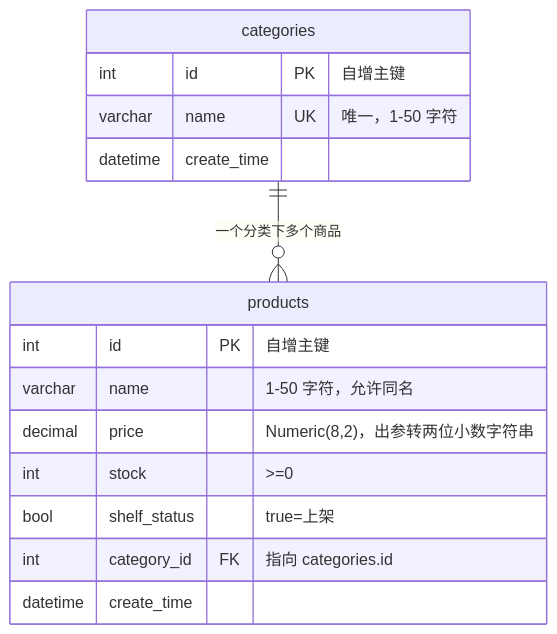
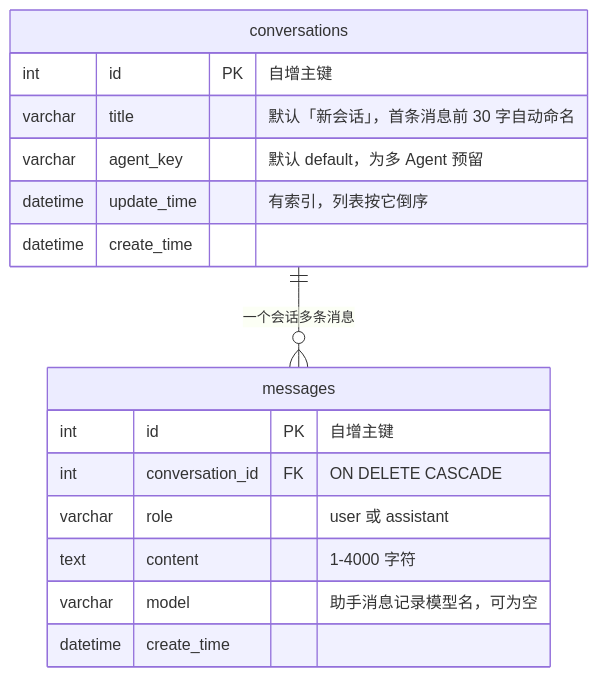
The third of 3 diagrams in docs/how-it-works.md (calix-cui/my-learning), drawn with Mermaid before and after one commit. The commit also changed other lines of this file and 36 other files, not shown here.

````diff
--- a/docs/how-it-works.md
+++ b/docs/how-it-works.md
@@ -94,18 +111,19 @@
 ```mermaid
 erDiagram
-    categories ||--o{ products : "一个分类下多个商品"
-    categories {
+    conversations ||--o{ messages : "一个会话多条消息"
+    conversations {
         int id PK "自增主键"
-        varchar name UK "唯一，1-50 字符"
+        varchar title "默认「新会话」，首条消息前 30 字自动命名"
+        varchar agent_key "默认 default，为多 Agent 预留"
+        datetime update_time "有索引，列表按它倒序"
         datetime create_time
     }
-    products {
+    messages {
         int id PK "自增主键"
-        varchar name "1-50 字符，允许同名"
-        decimal price "Numeric(8,2)，出参转两位小数字符串"
-        int stock ">=0"
-        bool shelf_status "true=上架"
-        int category_id FK "指向 categories.id"
+        int conversation_id FK "ON DELETE CASCADE"
+        varchar role "user 或 assistant"
+        text content "1-4000 字符"
+        varchar model "助手消息记录模型名，可为空"
         datetime create_time
     }
 ```
````
